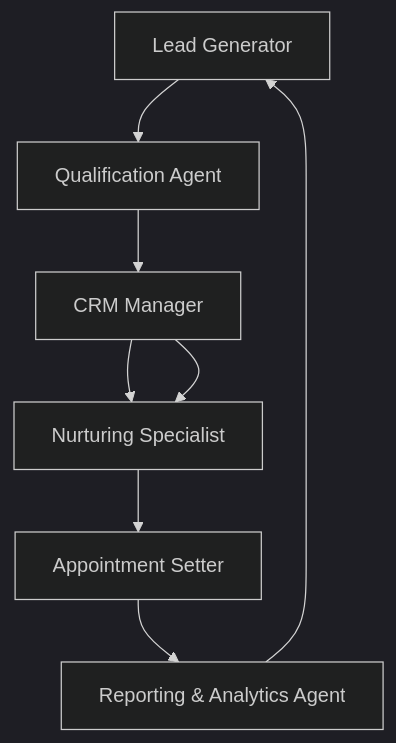
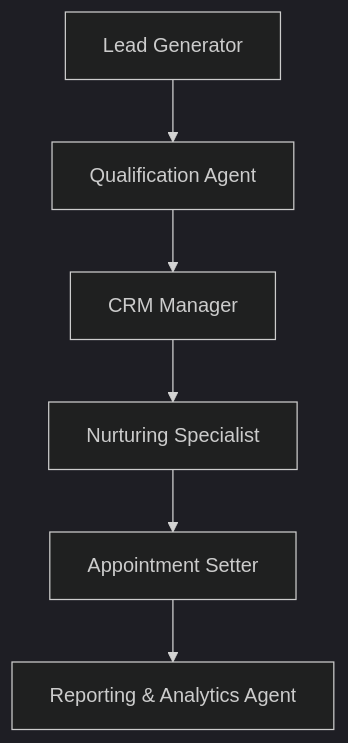
Before and after one commit to abdobzx/Lead_Management: the diagram in README.md, drawn with Mermaid (dark theme). The commit also changed other lines of this file and 26 other files, not shown here.

````diff
--- a/README.md
+++ b/README.md
@@ -38,11 +15,8 @@
 ```mermaid
 graph TD
     A[Lead Generator] --> B[Qualification Agent]
     B --> C[CRM Manager]
     C --> D[Nurturing Specialist]
     D --> E[Appointment Setter]
     E --> F[Reporting & Analytics Agent]
-    
-    C --> D
-    F --> A
 ```
````
